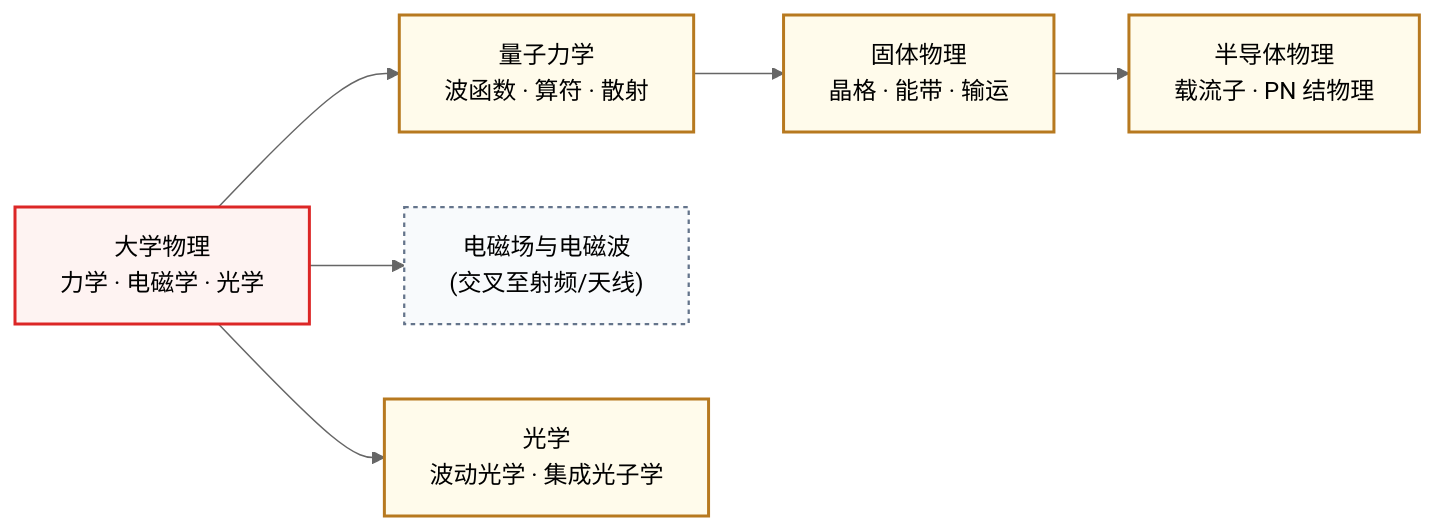
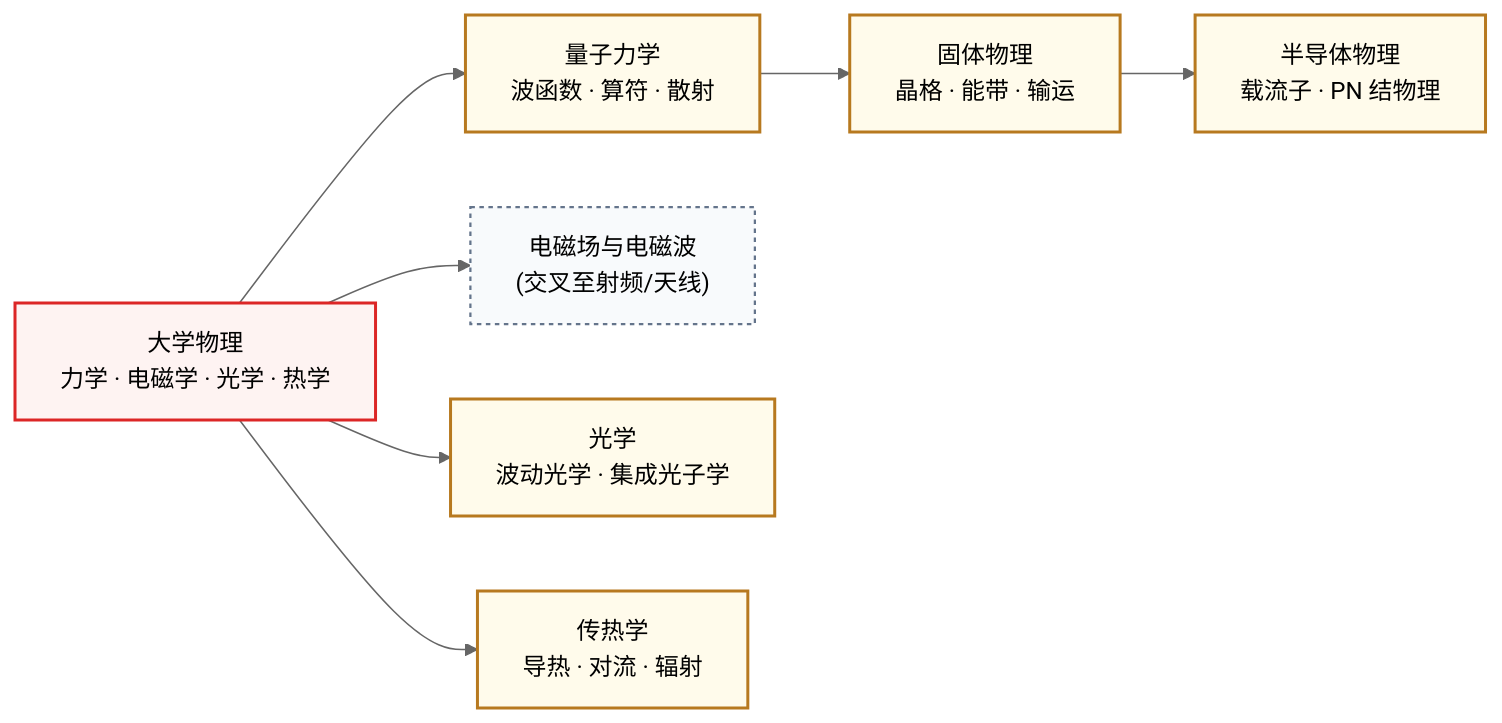
One commit to Crys-Chen/ic-guide changed the diagram in docs/课程资源/物理/index.md. Above: the diagram before and after it, drawn with Mermaid (neutral theme). The commit also changed other lines of this file and 6 other files, not shown here.

````diff
--- a/docs/课程资源/物理/index.md
+++ b/docs/课程资源/物理/index.md
@@ -15,15 +15,16 @@
 ```mermaid
 graph LR
-    A["大学物理<br/>力学 · 电磁学 · 光学"] --> B["量子力学<br/>波函数 · 算符 · 散射"]
+    A["大学物理<br/>力学 · 电磁学 · 光学 · 热学"] --> B["量子力学<br/>波函数 · 算符 · 散射"]
     B --> C["固体物理<br/>晶格 · 能带 · 输运"]
     C --> D["半导体物理<br/>载流子 · PN 结物理"]
     A --> E["电磁场与电磁波<br/>(交叉至射频/天线)"]
     A --> F["光学<br/>波动光学 · 集成光子学"]
+    A --> G["传热学<br/>导热 · 对流 · 辐射"]
 
     classDef base fill:#FEF3F2,stroke:#DC2626,stroke-width:2px
     classDef advanced fill:#FFFBEB,stroke:#B7791F,stroke-width:2px
     classDef next fill:#F8FAFC,stroke:#64748B,stroke-width:1.5px,stroke-dasharray:3 3
     class A base
-    class B,C,D,F advanced
+    class B,C,D,F,G advanced
     class E next
 ```
````
